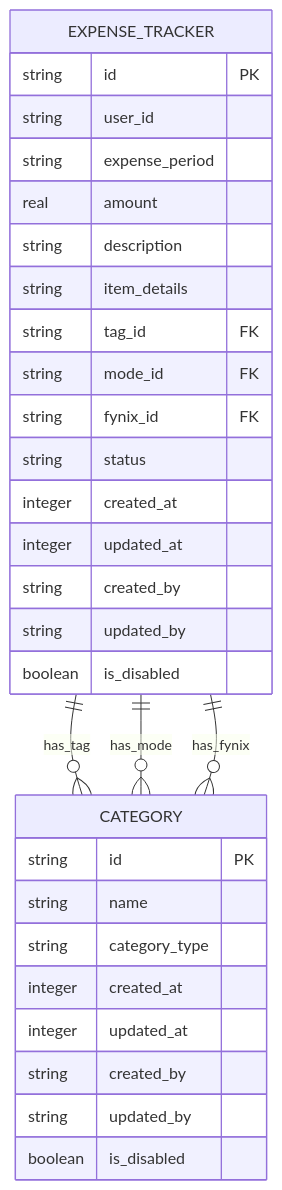
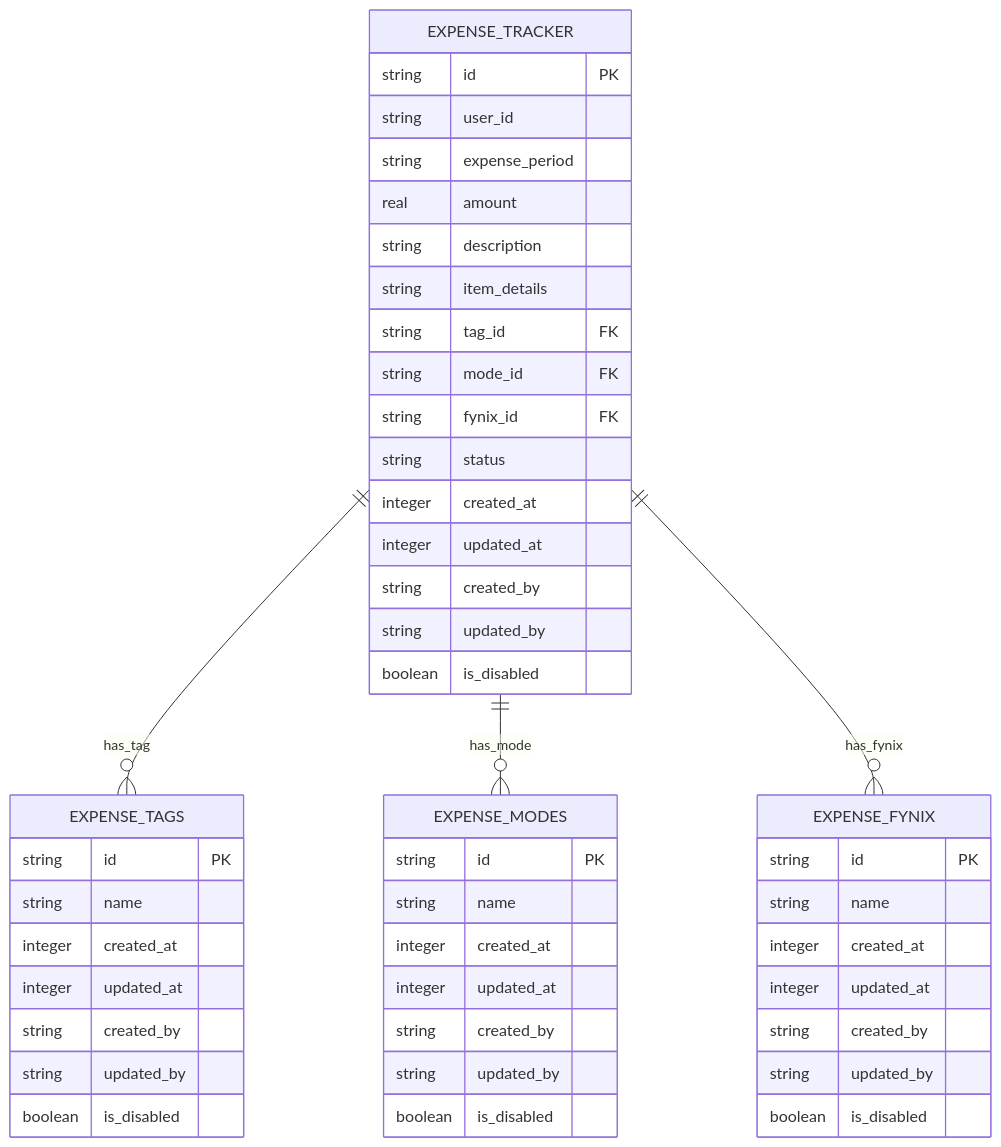
Before and after one commit to vinodhj/expense-microservices: the tenth of 14 diagrams in docs/expense-tracker-services.md, drawn with Mermaid. The commit also changed other lines of this file and 6 other files, not shown here.

````diff
--- a/docs/expense-tracker-services.md
+++ b/docs/expense-tracker-services.md
@@ -763,35 +791,54 @@
 ```mermaid
 erDiagram
-    CATEGORY {
+    EXPENSE_TAGS {
         string id PK
         string name
-        string category_type
+        integer created_at
+        integer updated_at
+        string created_by
+        string updated_by
+        boolean is_disabled
+    }
+
+    EXPENSE_MODES {
+        string id PK
+        string name
+        integer created_at
+        integer updated_at
+        string created_by
+        string updated_by
+        boolean is_disabled
+    }
+
+    EXPENSE_FYNIX {
+        string id PK
+        string name
         integer created_at
         integer updated_at
         string created_by
         string updated_by
         boolean is_disabled
     }
 
     EXPENSE_TRACKER {
         string id PK
         string user_id
         string expense_period
         real amount
         string description
         string item_details
         string tag_id FK
         string mode_id FK
         string fynix_id FK
         string status
         integer created_at
         integer updated_at
         string created_by
         string updated_by
         boolean is_disabled
     }
 
-    EXPENSE_TRACKER ||--o{ CATEGORY : has_tag
-    EXPENSE_TRACKER ||--o{ CATEGORY : has_mode
-    EXPENSE_TRACKER ||--o{ CATEGORY : has_fynix
+    EXPENSE_TRACKER ||--o{ EXPENSE_TAGS : has_tag
+    EXPENSE_TRACKER ||--o{ EXPENSE_MODES : has_mode
+    EXPENSE_TRACKER ||--o{ EXPENSE_FYNIX : has_fynix
 ```
````
